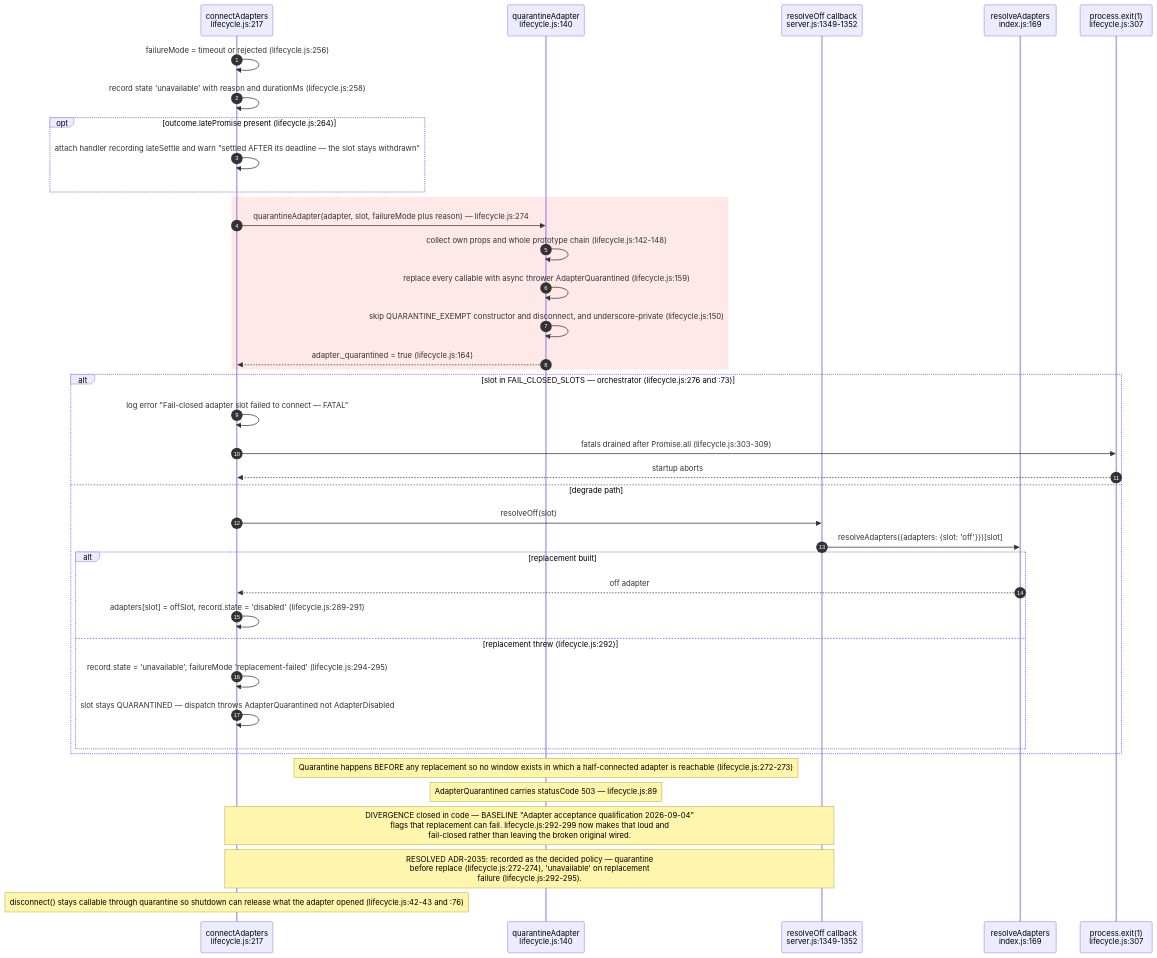
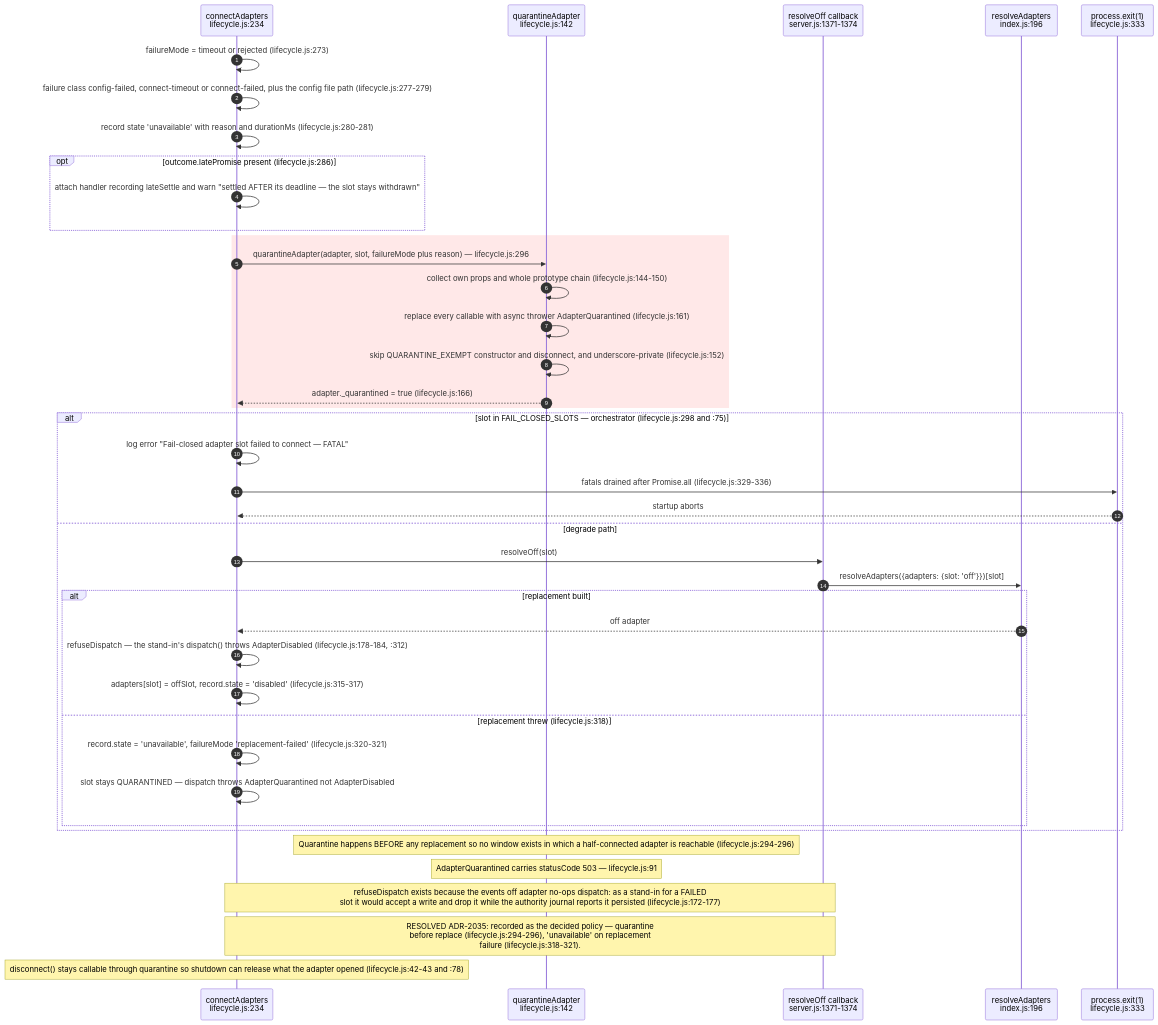
The seventh of 15 diagrams in docs/diagrams/agentbox/04-adapter-spine.md (DreamLab-AI/VisionFlow), drawn with Mermaid before and after one commit. The commit also changed other lines of this file and 173 other files, not shown here.

````diff
--- a/docs/diagrams/agentbox/04-adapter-spine.md
+++ b/docs/diagrams/agentbox/04-adapter-spine.md
@@ -298,42 +310,44 @@
 ```mermaid
 sequenceDiagram
     autonumber
-    participant LC as connectAdapters<br/>lifecycle.js:217
-    participant Q as quarantineAdapter<br/>lifecycle.js:140
-    participant RO as resolveOff callback<br/>server.js:1349-1352
-    participant IDX as resolveAdapters<br/>index.js:169
-    participant PX as process.exit(1)<br/>lifecycle.js:307
+    participant LC as connectAdapters<br/>lifecycle.js:234
+    participant Q as quarantineAdapter<br/>lifecycle.js:142
+    participant RO as resolveOff callback<br/>server.js:1371-1374
+    participant IDX as resolveAdapters<br/>index.js:196
+    participant PX as process.exit(1)<br/>lifecycle.js:333
 
-    LC->>LC: failureMode = timeout or rejected (lifecycle.js:256)
-    LC->>LC: record state 'unavailable' with reason and durationMs (lifecycle.js:258)
-    opt outcome.latePromise present (lifecycle.js:264)
+    LC->>LC: failureMode = timeout or rejected (lifecycle.js:273)
+    LC->>LC: failure class config-failed, connect-timeout or connect-failed, plus the config file path (lifecycle.js:277-279)
+    LC->>LC: record state 'unavailable' with reason and durationMs (lifecycle.js:280-281)
+    opt outcome.latePromise present (lifecycle.js:286)
         LC->>LC: attach handler recording lateSettle and warn "settled AFTER its deadline — the slot stays withdrawn"
     end
     rect rgb(255, 232, 232)
-        LC->>Q: quarantineAdapter(adapter, slot, failureMode plus reason) — lifecycle.js:274
-        Q->>Q: collect own props and whole prototype chain (lifecycle.js:142-148)
-        Q->>Q: replace every callable with async thrower AdapterQuarantined (lifecycle.js:159)
-        Q->>Q: skip QUARANTINE_EXEMPT constructor and disconnect, and underscore-private (lifecycle.js:150)
-        Q-->>LC: adapter._quarantined = true (lifecycle.js:164)
+        LC->>Q: quarantineAdapter(adapter, slot, failureMode plus reason) — lifecycle.js:296
+        Q->>Q: collect own props and whole prototype chain (lifecycle.js:144-150)
+        Q->>Q: replace every callable with async thrower AdapterQuarantined (lifecycle.js:161)
+        Q->>Q: skip QUARANTINE_EXEMPT constructor and disconnect, and underscore-private (lifecycle.js:152)
+        Q-->>LC: adapter._quarantined = true (lifecycle.js:166)
     end
-    alt slot in FAIL_CLOSED_SLOTS — orchestrator (lifecycle.js:276 and :73)
+    alt slot in FAIL_CLOSED_SLOTS — orchestrator (lifecycle.js:298 and :75)
         LC->>LC: log error "Fail-closed adapter slot failed to connect — FATAL"
-        LC->>PX: fatals drained after Promise.all (lifecycle.js:303-309)
+        LC->>PX: fatals drained after Promise.all (lifecycle.js:329-336)
         PX-->>LC: startup aborts
     else degrade path
         LC->>RO: resolveOff(slot)
         RO->>IDX: resolveAdapters({adapters: {slot: 'off'}})[slot]
         alt replacement built
             IDX-->>LC: off adapter
-            LC->>LC: adapters[slot] = offSlot, record.state = 'disabled' (lifecycle.js:289-291)
-        else replacement threw (lifecycle.js:292)
-            LC->>LC: record.state = 'unavailable', failureMode 'replacement-failed' (lifecycle.js:294-295)
+            LC->>LC: refuseDispatch — the stand-in's dispatch() throws AdapterDisabled (lifecycle.js:178-184, :312)
+            LC->>LC: adapters[slot] = offSlot, record.state = 'disabled' (lifecycle.js:315-317)
+        else replacement threw (lifecycle.js:318)
+            LC->>LC: record.state = 'unavailable', failureMode 'replacement-failed' (lifecycle.js:320-321)
             LC->>LC: slot stays QUARANTINED — dispatch throws AdapterQuarantined not AdapterDisabled
         end
     end
-    Note over Q: Quarantine happens BEFORE any replacement so no window exists in which a half-connected adapter is reachable (lifecycle.js:272-273)
-    Note over Q: AdapterQuarantined carries statusCode 503 — lifecycle.js:89
-    Note over LC,RO: DIVERGENCE closed in code — BASELINE "Adapter acceptance qualification 2026-09-04"<br/>flags that replacement can fail. lifecycle.js:292-299 now makes that loud and<br/>fail-closed rather than leaving the broken original wired.
-    Note over LC,RO: RESOLVED ADR-2035: recorded as the decided policy — quarantine<br/>before replace (lifecycle.js:272-274), 'unavailable' on replacement<br/>failure (lifecycle.js:292-295).
-    Note over LC: disconnect() stays callable through quarantine so shutdown can release what the adapter opened (lifecycle.js:42-43 and :76)
+    Note over Q: Quarantine happens BEFORE any replacement so no window exists in which a half-connected adapter is reachable (lifecycle.js:294-296)
+    Note over Q: AdapterQuarantined carries statusCode 503 — lifecycle.js:91
+    Note over LC,RO: refuseDispatch exists because the events off adapter no-ops dispatch: as a stand-in for a FAILED<br/>slot it would accept a write and drop it while the authority journal reports it persisted (lifecycle.js:172-177)
+    Note over LC,RO: RESOLVED ADR-2035: recorded as the decided policy — quarantine<br/>before replace (lifecycle.js:294-296), 'unavailable' on replacement<br/>failure (lifecycle.js:318-321).
+    Note over LC: disconnect() stays callable through quarantine so shutdown can release what the adapter opened (lifecycle.js:42-43 and :78)
 ```
````
